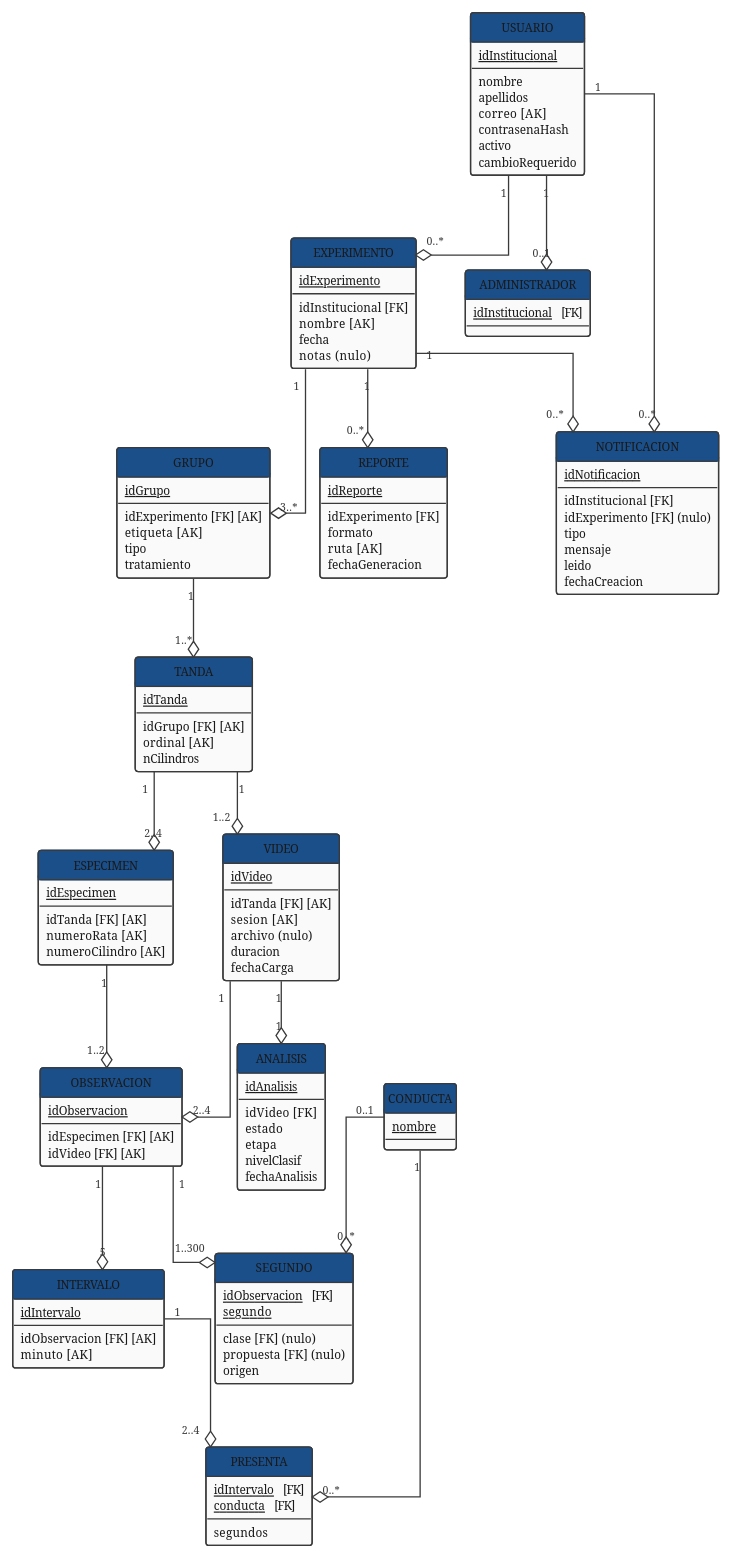
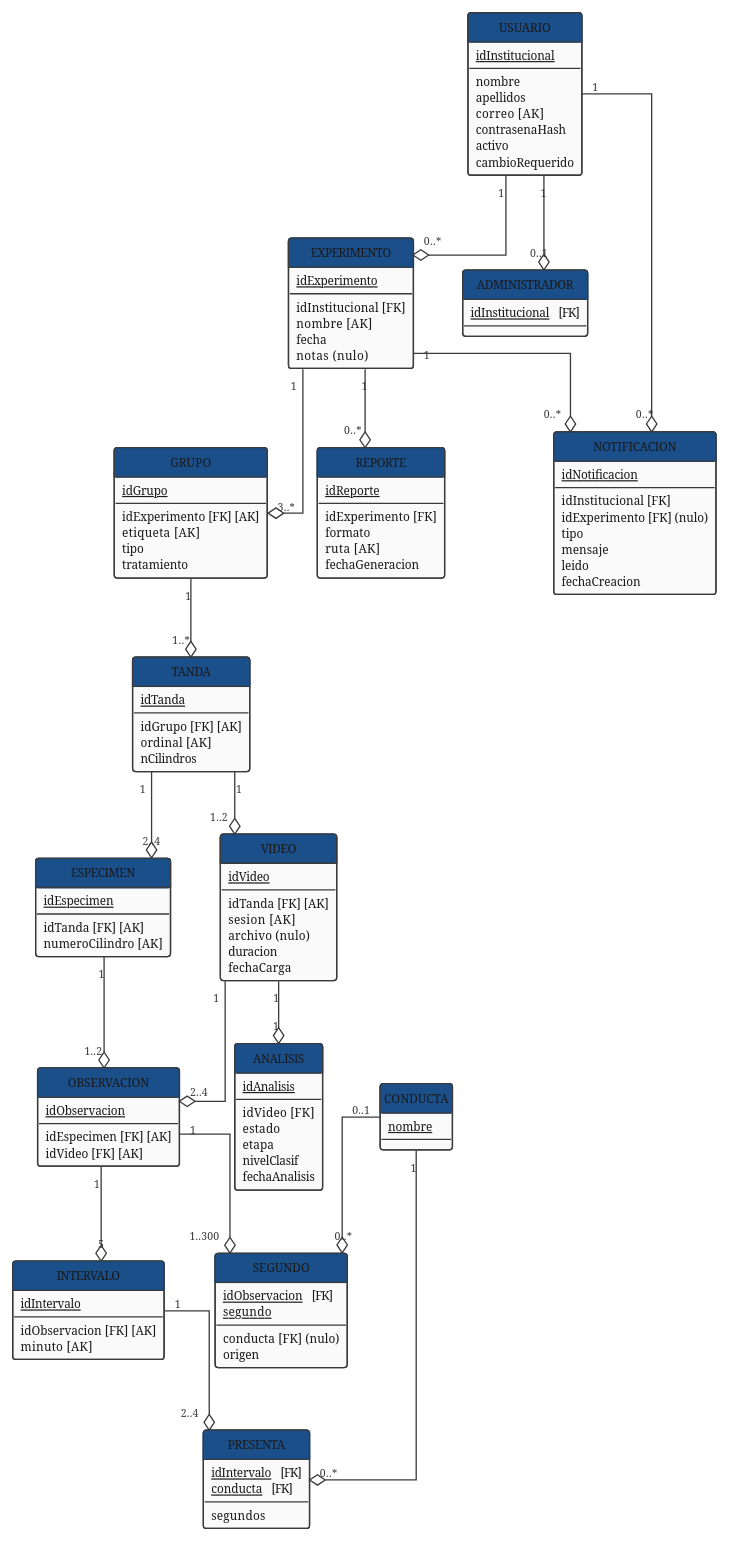
One commit to ErickJester/fst-ai-system-latex changed the diagram in diagramas/grafo_relacional_3_vigente.puml. Above: the diagram before and after it, drawn with PlantUML. The commit also changed 28 other files, not shown here.

```diff
--- a/diagramas/grafo_relacional_3_vigente.puml
+++ b/diagramas/grafo_relacional_3_vigente.puml
@@ -13,7 +13,13 @@
 '  modelado como subtipo -- si el usuario no aparece aqui, es
 '  investigador simple.
 '
-'  15 relaciones - 65 atributos - 18 llaves foraneas.
+'  15 relaciones - 63 atributos - 17 llaves foraneas.
+'  (D-55, 6-oct: se quito ESPECIMEN.numeroRata -- el sistema no
+'   necesita identificar a cada rata por su numero del laboratorio;
+'   el espécimen se distingue por su posicion, numeroCilindro.
+'   D-53, 6-oct: SEGUNDO.clase pasa a llamarse conducta y se quita
+'   SEGUNDO.propuesta. Baja de 65 a 63 atributos y de 18 a 17
+'   llaves foraneas)
 '  (D-51, 5-oct: se quitaron MODELO y CONFIGURACION y la columna
 '   ANALISIS.idConfig -- ningun RF permite cambiar el modelo ni el
 '   umbral, son constantes del pipeline. SEGUNDO.propuesta y
@@ -144,7 +150,6 @@
   <u>idEspecimen</u>
   --
   idTanda   [FK] [AK]
-  numeroRata   [AK]
   numeroCilindro   [AK]
 }
 
@@ -197,8 +202,7 @@
   <u>idObservacion</u>   [FK]
   <u>segundo</u>
   --
-  clase   [FK] (nulo)
-  propuesta   [FK] (nulo)
+  conducta   [FK] (nulo)
   origen
 }
 
```
